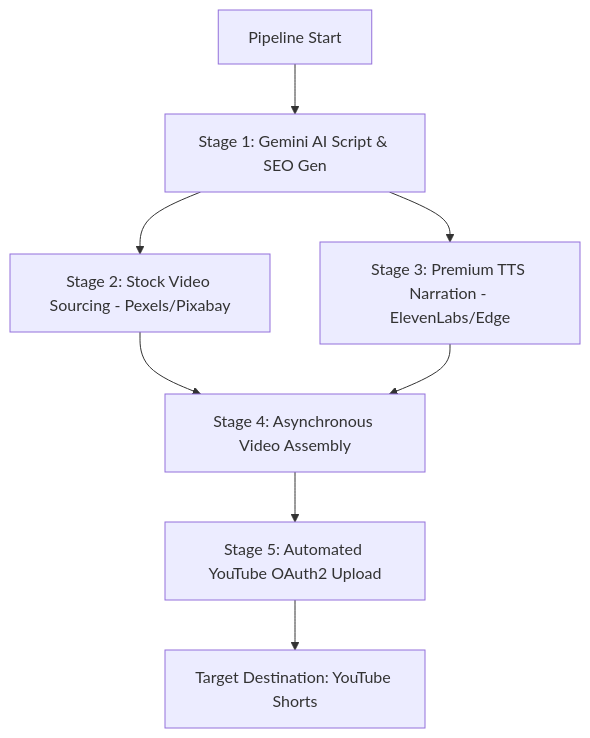
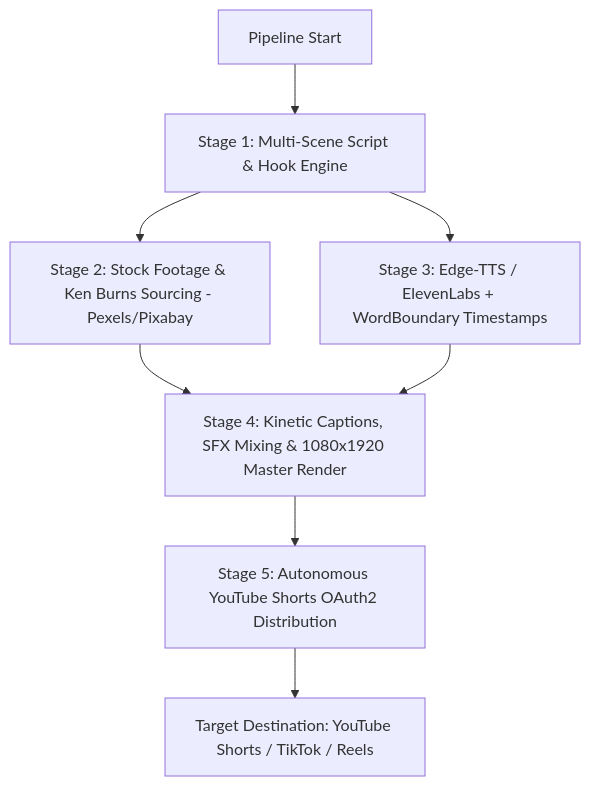
The diagram in README.md (Machine4321/faceless-video-generator), drawn with Mermaid before and after one commit. The commit also changed other lines of this file and 16 other files, not shown here.

Commit message:
feat: upgrade to next-gen faceless video engine with kinetic captions, multi-scene Ken Burns, procedural SFX, and viral storytelling

````diff
--- a/README.md
+++ b/README.md
@@ -23,10 +21,10 @@
 ```mermaid
 graph TD
-    A[Pipeline Start] --> B[Stage 1: Gemini AI Script & SEO Gen]
-    B --> C[Stage 2: Stock Video Sourcing - Pexels/Pixabay]
-    B --> D[Stage 3: Premium TTS Narration - ElevenLabs/Edge]
-    C --> E[Stage 4: Asynchronous Video Assembly]
+    A[Pipeline Start] --> B[Stage 1: Multi-Scene Script & Hook Engine]
+    B --> C[Stage 2: Stock Footage & Ken Burns Sourcing - Pexels/Pixabay]
+    B --> D[Stage 3: Edge-TTS / ElevenLabs + WordBoundary Timestamps]
+    C --> E[Stage 4: Kinetic Captions, SFX Mixing & 1080x1920 Master Render]
     D --> E
-    E --> F[Stage 5: Automated YouTube OAuth2 Upload]
-    F --> G[Target Destination: YouTube Shorts]
+    E --> F[Stage 5: Autonomous YouTube Shorts OAuth2 Distribution]
+    F --> G[Target Destination: YouTube Shorts / TikTok / Reels]
 ```
````
